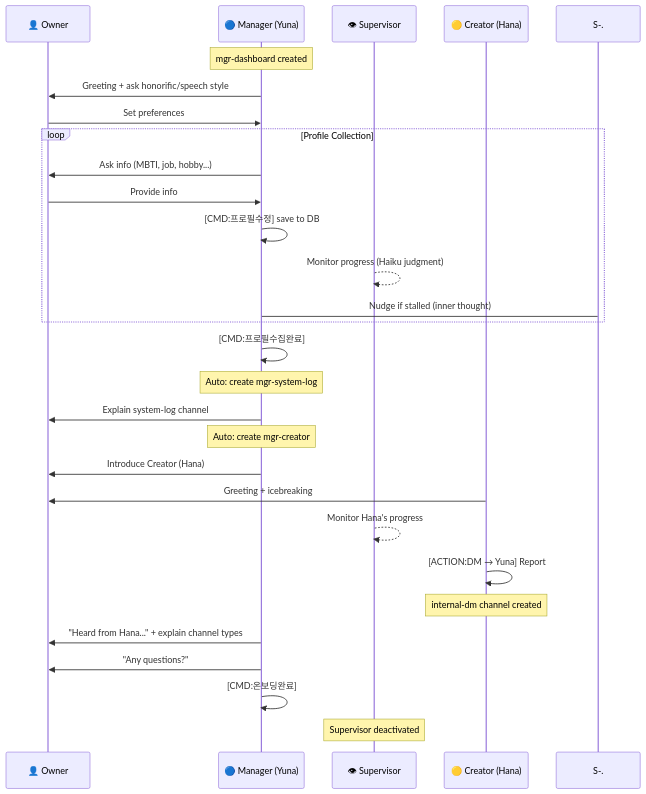
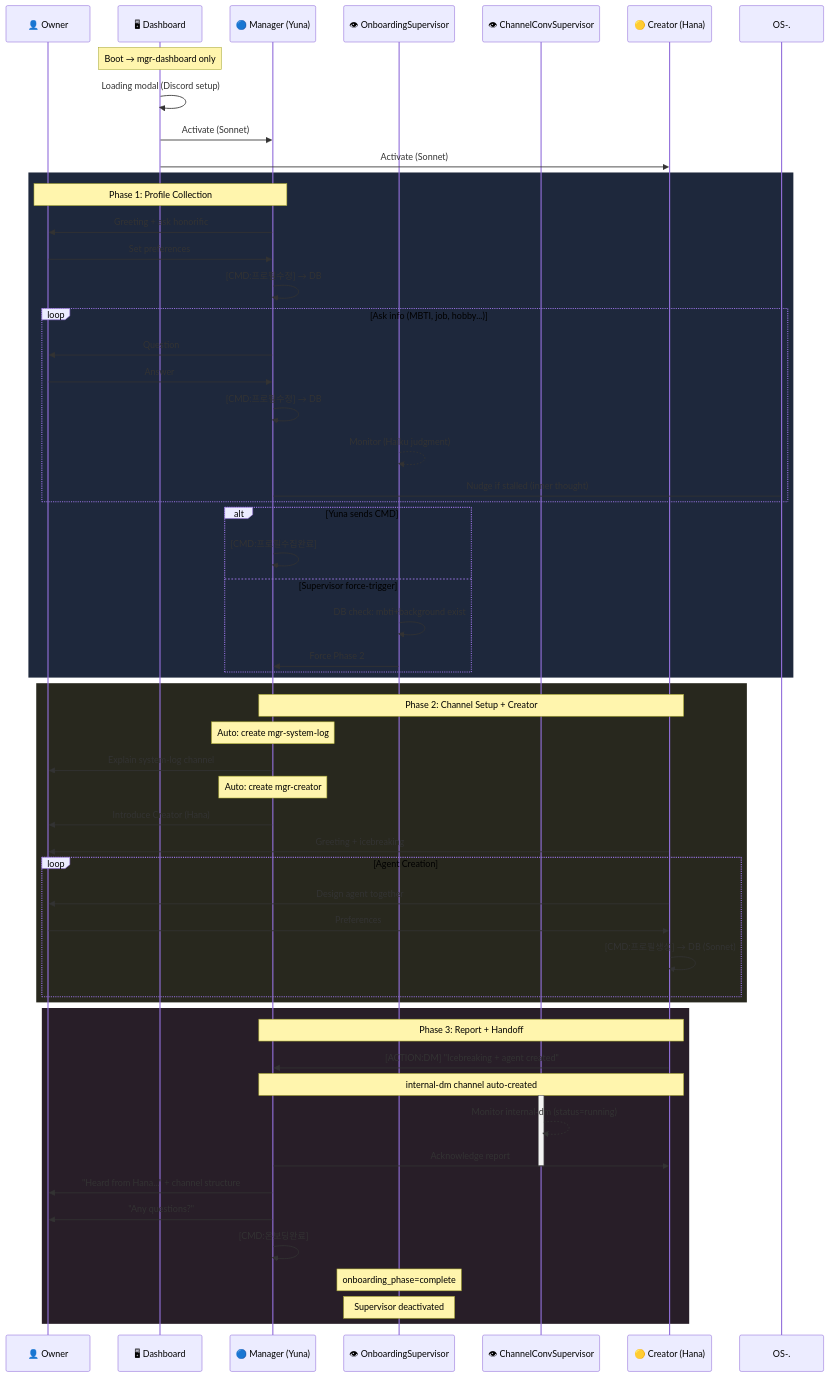
Before and after one commit to je-empty/Glimi: the third of 7 diagrams in README.md, drawn with Mermaid. The commit also changed 1 other file, not shown here.

Commit message:
README: 온보딩 시퀀스 다이어그램 대폭 상세화 (3 Phase + Supervisor 연동)

````diff
--- a/README.md
+++ b/README.md
@@ -183,36 +183,67 @@
 ```mermaid
 sequenceDiagram
     participant U as 👤 Owner
+    participant D as 🖥 Dashboard
     participant Y as 🔵 Manager (Yuna)
-    participant S as 👁 Supervisor
+    participant OS as 👁 OnboardingSupervisor
+    participant CS as 👁 ChannelConvSupervisor
     participant H as 🟡 Creator (Hana)
 
-    Note over Y: mgr-dashboard created
+    Note over D: Boot → mgr-dashboard only
+    D->>D: Loading modal (Discord setup)
+    D->>Y: Activate (Sonnet)
+    D->>H: Activate (Sonnet)
 
-    Y->>U: Greeting + ask honorific/speech style
-    U->>Y: Set preferences
+    rect rgb(30, 40, 60)
+        Note over Y,U: Phase 1: Profile Collection
+        Y->>U: Greeting + ask honorific
+        U->>Y: Set preferences
+        Y->>Y: [CMD:프로필수정] → DB
 
-    loop Profile Collection
-        Y->>U: Ask info (MBTI, job, hobby...)
-        U->>Y: Provide info
-        Y->>Y: [CMD:프로필수정] save to DB
-        S-->>S: Monitor progress (Haiku judgment)
-        S-.->Y: Nudge if stalled (inner thought)
+        loop Ask info (MBTI, job, hobby...)
+            Y->>U: Question
+            U->>Y: Answer
+            Y->>Y: [CMD:프로필수정] → DB
+            OS-->>OS: Monitor (Haiku judgment)
+            OS-.->Y: Nudge if stalled (inner thought)
+        end
+
+        alt Yuna sends CMD
+            Y->>Y: [CMD:프로필수집완료]
+        else Supervisor force-trigger
+            OS->>OS: DB check: mbti+background exist
+            OS->>Y: Force Phase 2
+        end
     end
 
-    Y->>Y: [CMD:프로필수집완료]
-    Note over Y: Auto: create mgr-system-log
-    Y->>U: Explain system-log channel
-    Note over Y: Auto: create mgr-creator
-    Y->>U: Introduce Creator (Hana)
+    rect rgb(40, 40, 30)
+        Note over Y,H: Phase 2: Channel Setup + Creator
+        Note over Y: Auto: create mgr-system-log
+        Y->>U: Explain system-log channel
+        Note over Y: Auto: create mgr-creator
+        Y->>U: Introduce Creator (Hana)
 
-    H->>U: Greeting + icebreaking
-    S-->>S: Monitor Hana's progress
-    H->>H: [ACTION:DM → Yuna] Report
-    Note over H: internal-dm channel created
+        H->>U: Greeting + icebreaking
+        loop Agent Creation
+            H->>U: Design agent together
+            U->>H: Preferences
+            H->>H: [CMD:프로필생성] → DB (Sonnet)
+        end
+    end
 
-    Y->>U: "Heard from Hana..." + explain channel types
-    Y->>U: "Any questions?"
-    Y->>Y: [CMD:온보딩완료]
-    Note over S: Supervisor deactivated
+    rect rgb(40, 30, 40)
+        Note over H,Y: Phase 3: Report + Handoff
+        H->>Y: [ACTION:DM] "Icebreaking + agent created"
+        Note over H,Y: internal-dm channel auto-created
+        activate CS
+        CS-->>CS: Monitor internal-dm (status=running)
+        Y->>H: Acknowledge report
+        deactivate CS
+
+        Y->>U: "Heard from Hana..." + channel structure
+        Y->>U: "Any questions?"
+        Y->>Y: [CMD:온보딩완료]
+        Note over OS: onboarding_phase=complete
+        Note over OS: Supervisor deactivated
+    end
 ```
````
